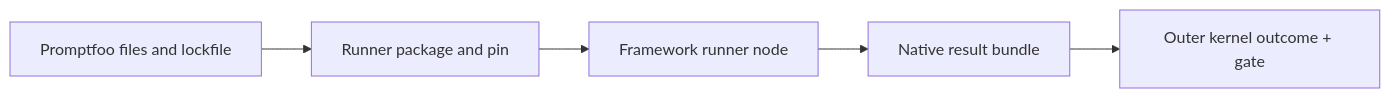
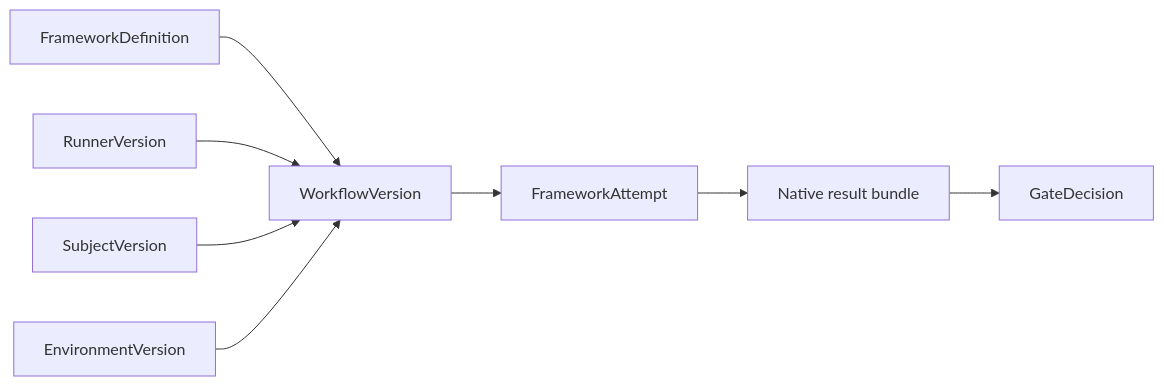
Before and after one commit to softprobe/document-website: the second of 3 diagrams in en/evaluation/concepts/native-model-and-adapters.md, drawn with Mermaid. The commit also changed other lines of this file and 57 other files, not shown here.

````diff
--- a/en/evaluation/concepts/native-model-and-adapters.md
+++ b/en/evaluation/concepts/native-model-and-adapters.md
@@ -36,9 +34,16 @@
 ```mermaid
 flowchart LR
-  Def[Promptfoo files and lockfile]
-  Pack[Runner package and pin]
-  Run[Framework runner node]
+  Def[FrameworkDefinition]
+  RunV[RunnerVersion]
+  Sub[SubjectVersion]
+  Env[EnvironmentVersion]
+  WV[WorkflowVersion]
+  Att[FrameworkAttempt]
   Native[Native result bundle]
-  Outer[Outer kernel outcome + gate]
-  Def --> Pack --> Run --> Native --> Outer
+  Gate[GateDecision]
+  Def --> WV
+  RunV --> WV
+  Sub --> WV
+  Env --> WV
+  WV --> Att --> Native --> Gate
 ```
````
